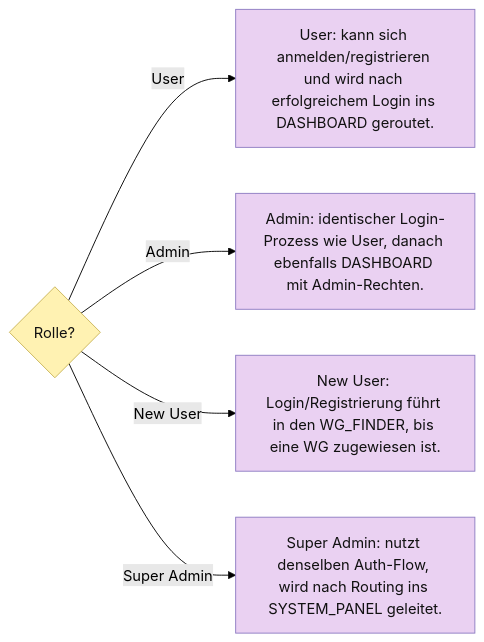
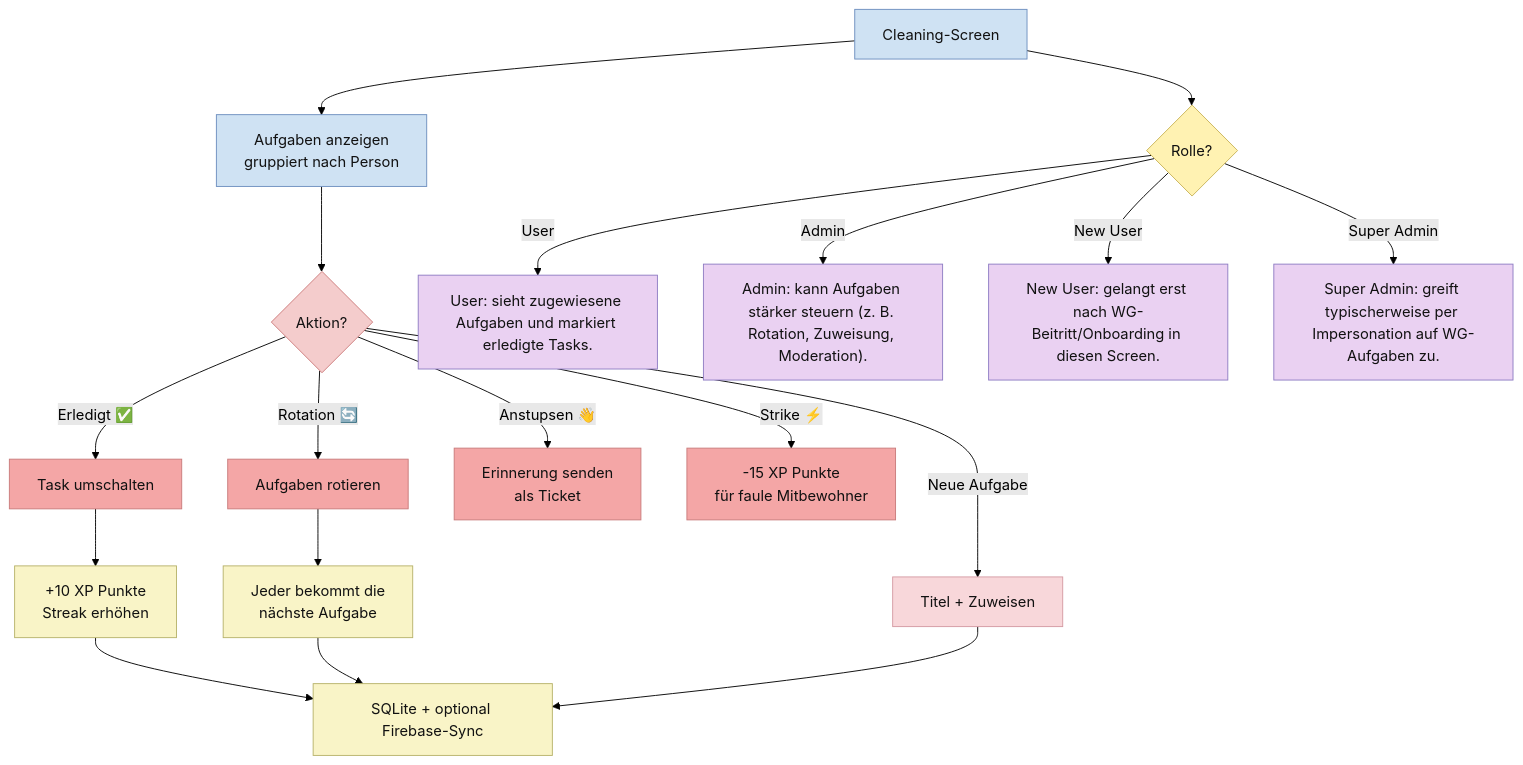
One commit to Nejy190501/WGManager changed the fifth of 27 diagrams in ABLAUFDIAGRAMM.md. Above: the diagram before and after it, drawn with Mermaid (forest theme). The commit also changed other lines of this file, not shown here.

````diff
--- a/ABLAUFDIAGRAMM.md
+++ b/ABLAUFDIAGRAMM.md
@@ -209,23 +279,45 @@
 ```mermaid
-flowchart LR
-    R{"Rolle?"}
-    U["User: kann sich anmelden/registrieren und wird nach erfolgreichem Login ins DASHBOARD geroutet."]
-    A["Admin: identischer Login-Prozess wie User, danach ebenfalls DASHBOARD mit Admin-Rechten."]
-    N["New User: Login/Registrierung führt in den WG_FINDER, bis eine WG zugewiesen ist."]
-    S["Super Admin: nutzt denselben Auth-Flow, wird nach Routing ins SYSTEM_PANEL geleitet."]
-    R -->|User| U
-    R -->|Admin| A
-    R -->|New User| N
-    R -->|Super Admin| S
+flowchart TD
+    A["Cleaning-Screen"] --> B["Aufgaben anzeigen<br/>gruppiert nach Person"]
+    B --> C{"Aktion?"}
+    C -->|Erledigt ✅| D["Task umschalten"]
+    D --> E["+10 XP Punkte<br/>Streak erhöhen"]
+    E --> F["SQLite + optional Firebase-Sync"]
+    
+    C -->|Rotation 🔄| G["Aufgaben rotieren"]
+    G --> H["Jeder bekommt die<br/>nächste Aufgabe"]
+    H --> F
+    
+    C -->|Neue Aufgabe| I["Titel + Zuweisen"]
+    I --> F
+    
+    C -->|Anstupsen 👋| J["Erinnerung senden<br/>als Ticket"]
+    C -->|Strike ⚡| K["-15 XP Punkte<br/>für faule Mitbewohner"]
+
+
+    A --> RLQ{"Rolle?"}
+    RLU["User: sieht zugewiesene Aufgaben und markiert erledigte Tasks."]
+    RLA["Admin: kann Aufgaben stärker steuern (z. B. Rotation, Zuweisung, Moderation)."]
+    RLN["New User: gelangt erst nach WG-Beitritt/Onboarding in diesen Screen."]
+    RLS["Super Admin: greift typischerweise per Impersonation auf WG-Aufgaben zu."]
+    RLQ -->|User| RLU
+    RLQ -->|Admin| RLA
+    RLQ -->|New User| RLN
+    RLQ -->|Super Admin| RLS
 
     classDef userAction fill:#ead1f2,stroke:#8e7cc3,color:#111;
     classDef systemAction fill:#f9f4c7,stroke:#b7b26a,color:#111;
     classDef userDecision fill:#f4cccc,stroke:#cc7a7a,color:#111;
     classDef systemDecision fill:#fff2b2,stroke:#c9b458,color:#111;
     classDef button fill:#f4a6a6,stroke:#c97b7b,color:#111;
     classDef userInput fill:#f8d7da,stroke:#d49aa2,color:#111;
     classDef screen fill:#cfe2f3,stroke:#6c8ebf,color:#111;
 
-    class R systemDecision;
-    class U,A,N,S userAction;
+    class E,F,H systemAction;
+    class C userDecision;
+    class D,G,J,K button;
+    class I userInput;
+    class A,B screen;
+    class RLQ systemDecision;
+    class RLU,RLA,RLN,RLS userAction;
 ```
````
